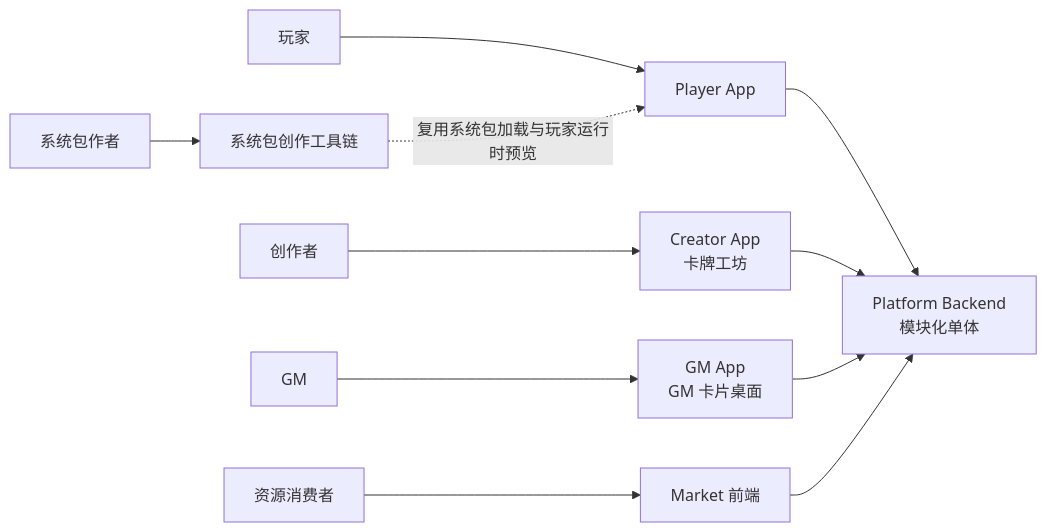
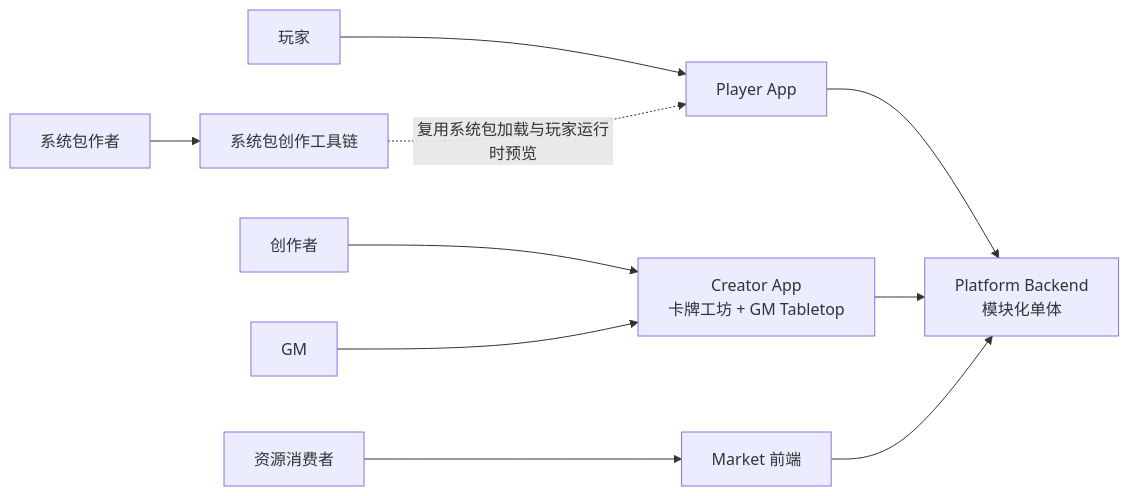
One commit to ZZZZzzzzac/PbDH changed the fourth of 8 diagrams in docs/c4.md. Above: the diagram before and after it, drawn with Mermaid. The commit also changed other lines of this file and 26 other files, not shown here.

````diff
--- a/docs/c4.md
+++ b/docs/c4.md
@@ -66,15 +66,14 @@
 ```mermaid
 flowchart LR
     author["系统包作者"] --> authoring["系统包创作工具链"]
     player["玩家"] --> playerApp["Player App"]
-    creator["创作者"] --> creatorApp["Creator App<br/>卡牌工坊"]
-    gm["GM"] --> gmApp["GM App<br/>GM 卡片桌面"]
+    creator["创作者"] --> creatorApp["Creator App<br/>卡牌工坊 + GM Tabletop"]
+    gm["GM"] --> creatorApp
     consumer["资源消费者"] --> marketApp["Market 前端"]
 
     playerApp --> backend["Platform Backend<br/>模块化单体"]
     creatorApp --> backend
-    gmApp --> backend
     marketApp --> backend
 
     authoring -. "复用系统包加载与玩家运行时预览" .-> playerApp
 ```
````
